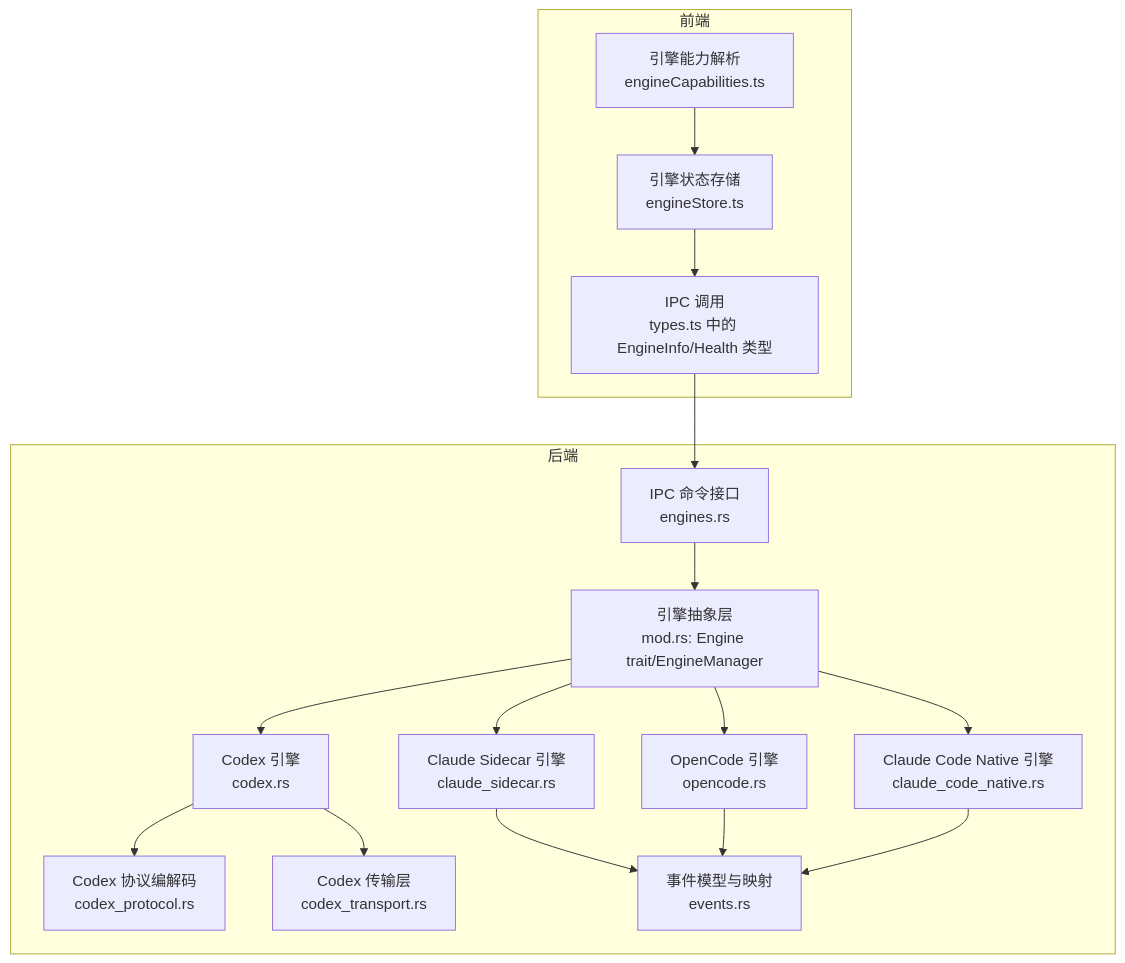
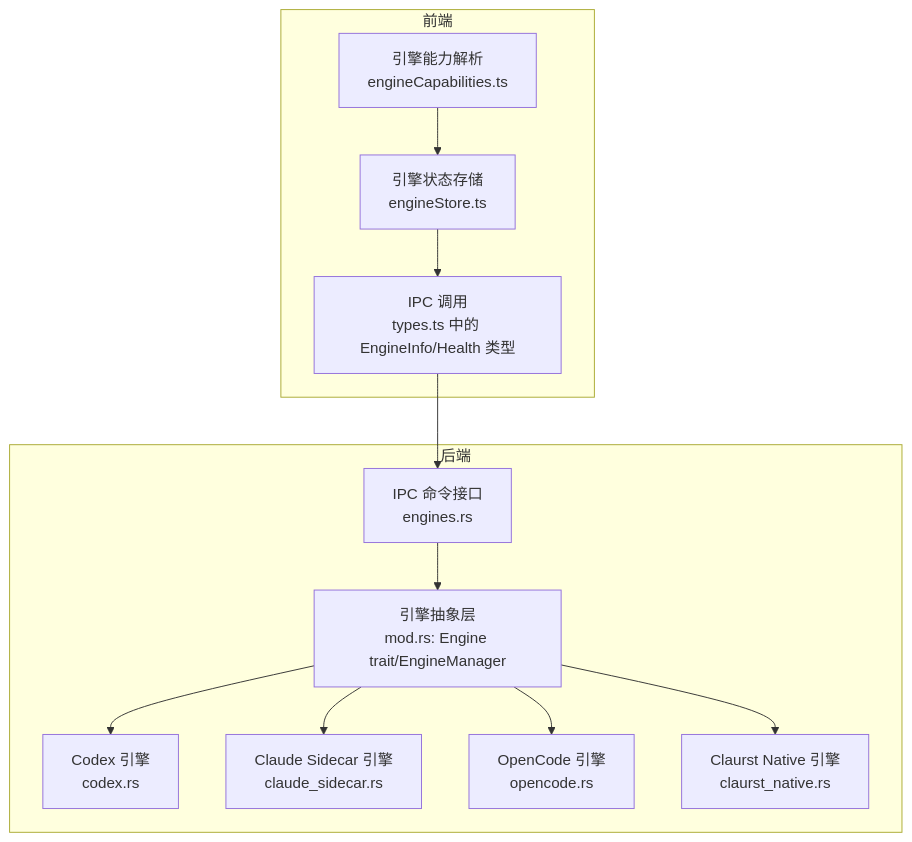
One commit to yattin/panes changed the first of 10 diagrams in .qoder/repowiki/zh/content/AI 引擎管理/引擎架构设计.md. Above: the diagram before and after it, drawn with Mermaid. The commit also changed other lines of this file and 45 other files, not shown here.

````diff
--- a/.qoder/repowiki/zh/content/AI 引擎管理/引擎架构设计.md
+++ b/.qoder/repowiki/zh/content/AI 引擎管理/引擎架构设计.md
@@ -38,32 +34,24 @@
 ```mermaid
 graph TB
 subgraph "前端"
 FE_Store["引擎状态存储<br/>engineStore.ts"]
 FE_Cap["引擎能力解析<br/>engineCapabilities.ts"]
 FE_IPC["IPC 调用<br/>types.ts 中的 EngineInfo/Health 类型"]
 end
 subgraph "后端"
 BE_Mod["引擎抽象层<br/>mod.rs: Engine trait/EngineManager"]
 BE_Codex["Codex 引擎<br/>codex.rs"]
 BE_Claude["Claude Sidecar 引擎<br/>claude_sidecar.rs"]
 BE_Open["OpenCode 引擎<br/>opencode.rs"]
-BE_Native["Claude Code Native 引擎<br/>claude_code_native.rs"]
-BE_Prot["Codex 协议编解码<br/>codex_protocol.rs"]
-BE_Trans["Codex 传输层<br/>codex_transport.rs"]
-BE_Events["事件模型与映射<br/>events.rs"]
+BE_Native["Claurst Native 引擎<br/>claurst_native.rs"]
 BE_Cmd["IPC 命令接口<br/>engines.rs"]
 end
 FE_Store --> FE_IPC
 FE_Cap --> FE_Store
 FE_IPC --> BE_Cmd
 BE_Cmd --> BE_Mod
 BE_Mod --> BE_Codex
 BE_Mod --> BE_Claude
 BE_Mod --> BE_Open
 BE_Mod --> BE_Native
-BE_Codex --> BE_Prot
-BE_Codex --> BE_Trans
-BE_Claude --> BE_Events
-BE_Open --> BE_Events
-BE_Native --> BE_Events
 ```
````
